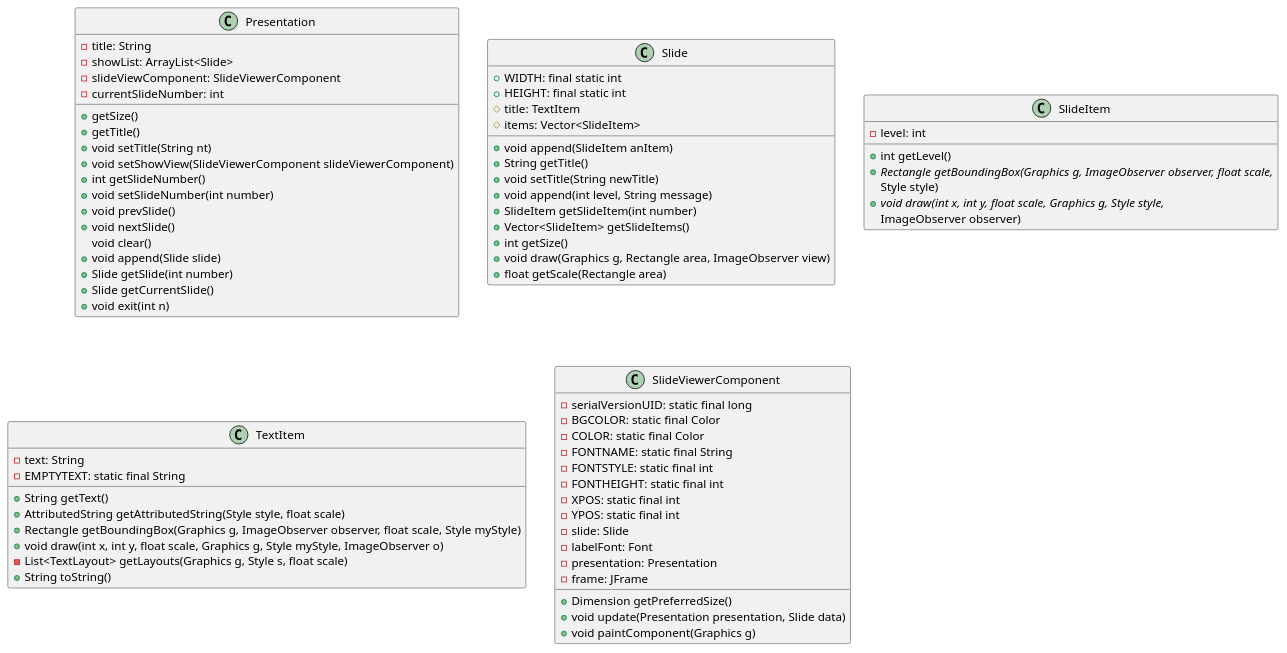
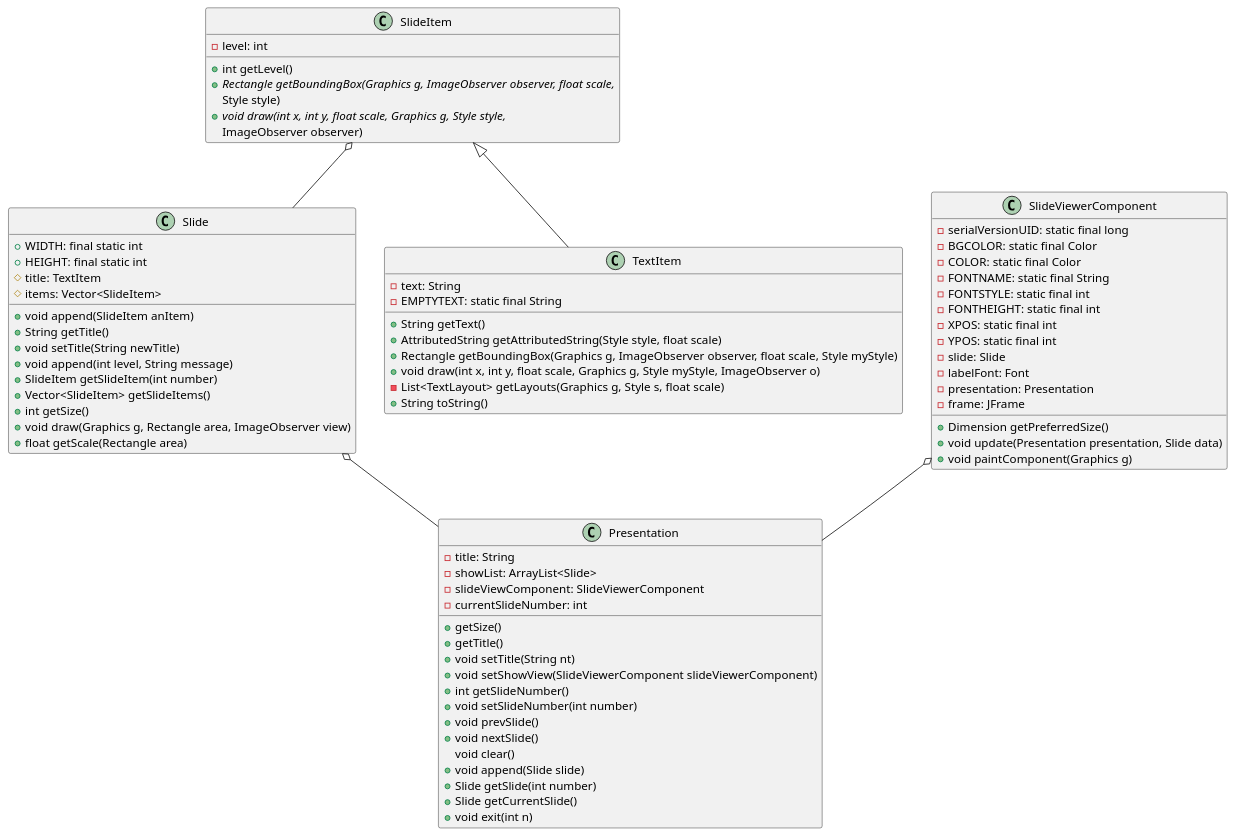
Before and after one commit to Rafael-Jose/ppsw_uml: the diagram in diagramaClasses.plantuml, drawn with PlantUML.

Commit message:
relations between classes

```diff
--- a/diagramaClasses.plantuml
+++ b/diagramaClasses.plantuml
@@ -1,78 +1,83 @@
 @startuml PPSW
 
 class Presentation {
    - title: String
    - showList: ArrayList<Slide>
    - slideViewComponent: SlideViewerComponent
    - currentSlideNumber: int
 
    + getSize()
    + getTitle()
    + void setTitle(String nt)
    + void setShowView(SlideViewerComponent slideViewerComponent)
    + int getSlideNumber()
    + void setSlideNumber(int number)
    + void prevSlide()
    + void nextSlide()
    void clear()
    + void append(Slide slide)
    + Slide getSlide(int number)
    + Slide getCurrentSlide()
    + void exit(int n)
 }
 
 class Slide {
    + WIDTH: final static int
    + HEIGHT: final static int
    # title: TextItem
    # items: Vector<SlideItem>
    + void append(SlideItem anItem)
    + String getTitle()
    + void setTitle(String newTitle)
    + void append(int level, String message)
    + SlideItem getSlideItem(int number)
    + Vector<SlideItem> getSlideItems()
    + int getSize()
    + void draw(Graphics g, Rectangle area, ImageObserver view)
    + float getScale(Rectangle area)
 }
 
 class SlideItem {
    - level: int
    + int getLevel()
    + {abstract} Rectangle getBoundingBox(Graphics g, ImageObserver observer, float scale,
       Style style)
    + {abstract} void draw(int x, int y, float scale, Graphics g, Style style,
       ImageObserver observer)
 }
 
 class TextItem {
    - text: String
    - EMPTYTEXT: static final String
    + String getText()
    + AttributedString getAttributedString(Style style, float scale)
    + Rectangle getBoundingBox(Graphics g, ImageObserver observer, float scale, Style myStyle)
    + void draw(int x, int y, float scale, Graphics g, Style myStyle, ImageObserver o)
    - List<TextLayout> getLayouts(Graphics g, Style s, float scale)
    + String toString()
 }
 
 class SlideViewerComponent {
    - serialVersionUID: static final long
    - BGCOLOR: static final Color
    - COLOR: static final Color
    - FONTNAME: static final String
    - FONTSTYLE: static final int
    - FONTHEIGHT: static final int
    - XPOS: static final int
    - YPOS: static final int
    - slide: Slide
    - labelFont: Font
    - presentation: Presentation
    - frame: JFrame
    + Dimension getPreferredSize()
    + void update(Presentation presentation, Slide data)
    + void paintComponent(Graphics g)
 }
 
+Slide o-- Presentation
+SlideViewerComponent o-- Presentation
+SlideItem o-- Slide
+SlideItem <|-- TextItem
+
 @enduml
```
